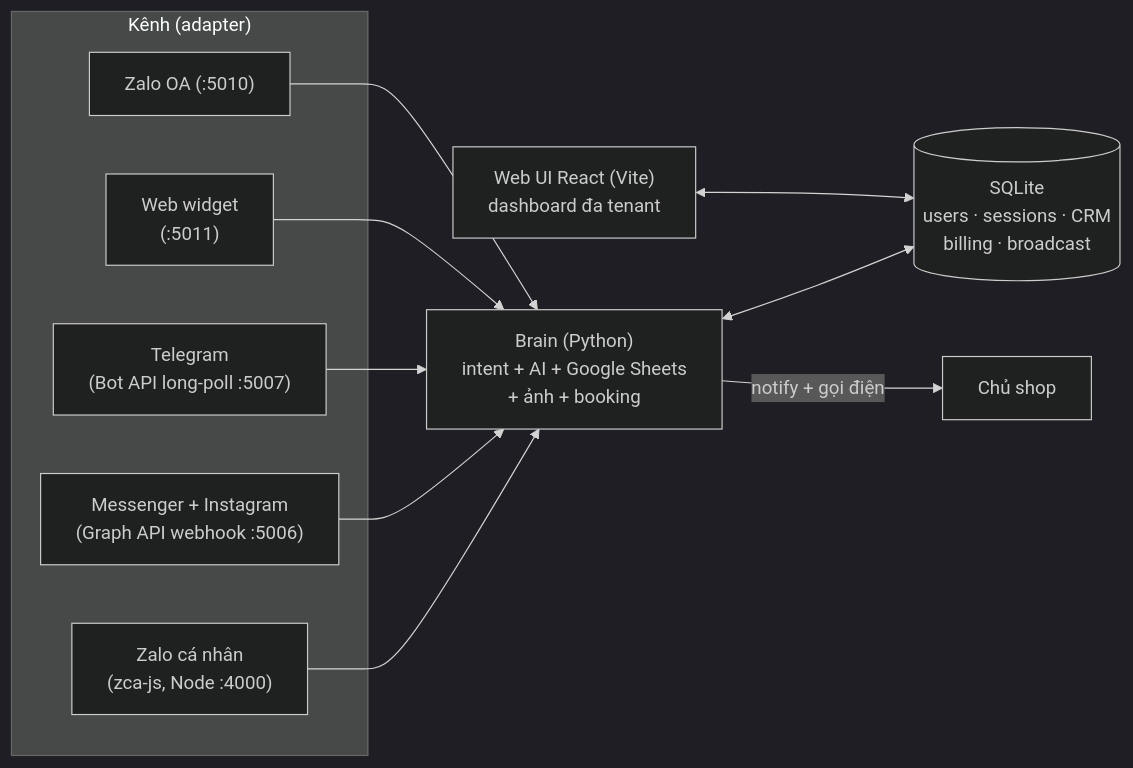
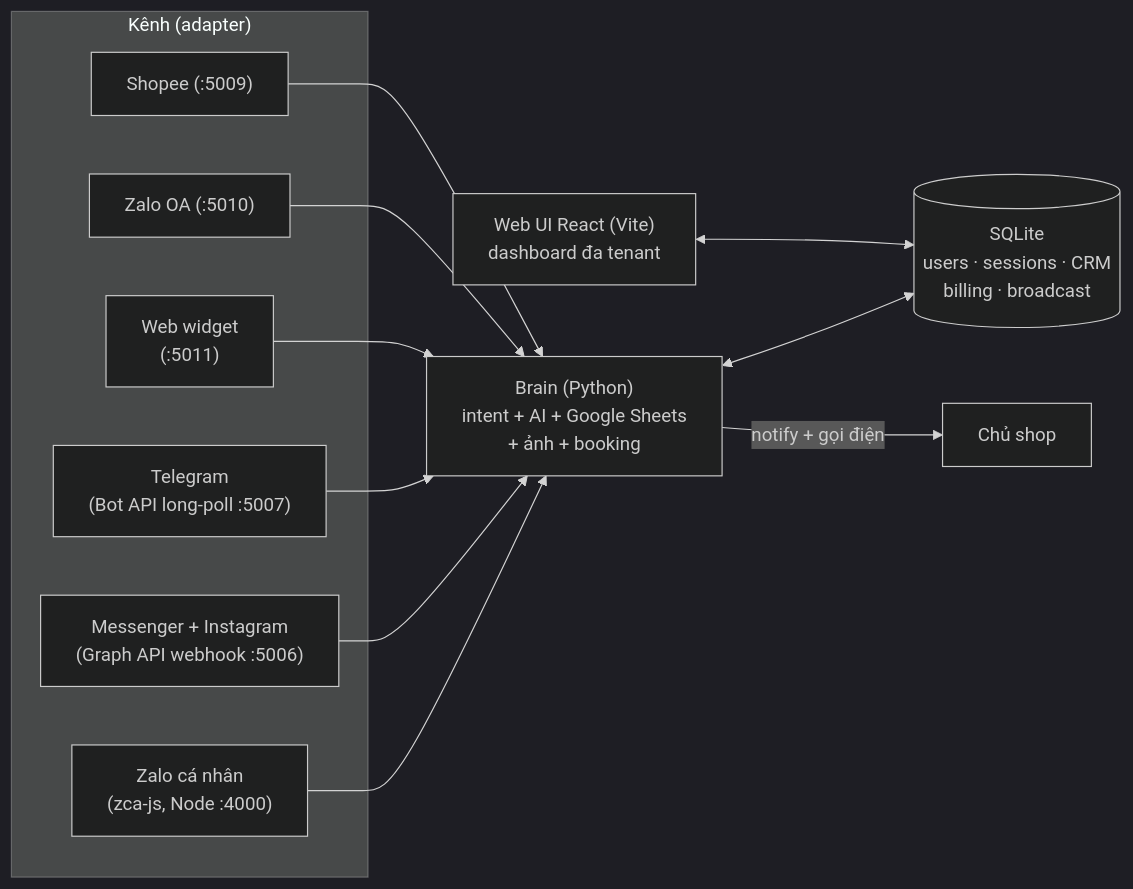
The diagram in README.md (pthang228/AI-Chat-Agent-For-Shop-In-Viet-Nam), drawn with Mermaid (dark theme) before and after one commit. The commit also changed other lines of this file and 46 other files, not shown here.

````diff
--- a/README.md
+++ b/README.md
@@ -33,21 +46,23 @@
 ```mermaid
 flowchart LR
   subgraph Channels["Kênh (adapter)"]
     Z["Zalo cá nhân<br/>(zca-js, Node :4000)"]
     M["Messenger + Instagram<br/>(Graph API webhook :5006)"]
     T["Telegram<br/>(Bot API long-poll :5007)"]
     W["Web widget<br/>(:5011)"]
     OA["Zalo OA (:5010)"]
+    SP["Shopee (:5009)"]
   end
   B["Brain (Python)<br/>intent + AI + Google Sheets<br/>+ ảnh + booking"]
   UI["Web UI React (Vite)<br/>dashboard đa tenant"]
   DB[("SQLite<br/>users · sessions · CRM<br/>billing · broadcast")]
   Z --> B
   M --> B
   T --> B
   W --> B
   OA --> B
+  SP --> B
   B <--> DB
   UI <--> DB
   B -->|"notify + gọi điện"| Owner["Chủ shop"]
 ```
````
